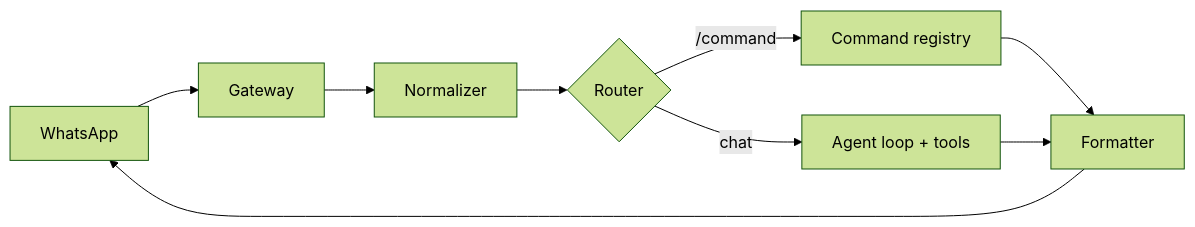
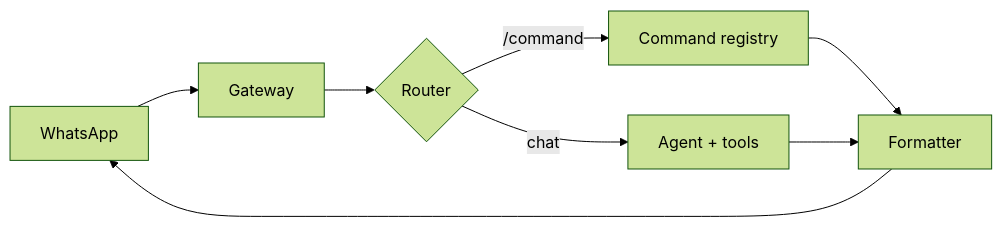
The diagram in README.md (inimuqsith/SankaAgent), drawn with Mermaid (forest theme) before and after one commit. The commit also changed other lines of this file, not shown here.

````diff
--- a/README.md
+++ b/README.md
@@ -45,11 +30,10 @@
 ```mermaid
 flowchart LR
     WA[WhatsApp] --> GW[Gateway]
-    GW --> N[Normalizer]
-    N --> R{Router}
+    GW --> R{Router}
     R -->|/command| C[Command registry]
-    R -->|chat| A[Agent loop + tools]
+    R -->|chat| A[Agent + tools]
     C --> F[Formatter]
     A --> F
     F --> WA
 ```
````
